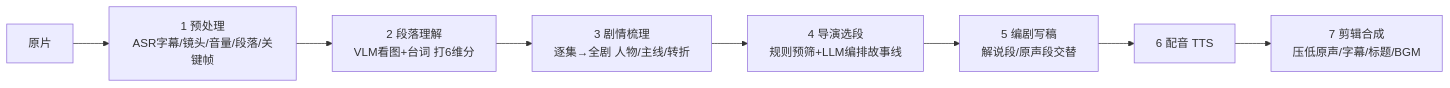
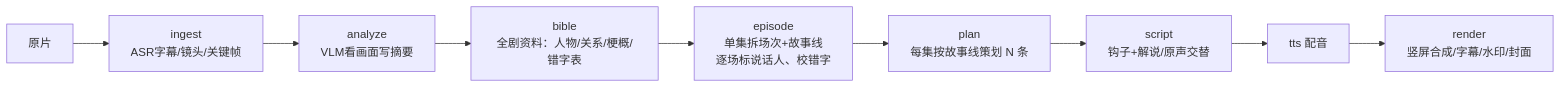
One commit to redrain-wang/autoclip2 changed the diagram in README.md. Above: the diagram before and after it, drawn with Mermaid. The commit also changed other lines of this file and 13 other files, not shown here.

````diff
--- a/README.md
+++ b/README.md
@@ -5,10 +5,11 @@
 ```mermaid
 flowchart LR
-  A[原片] --> B[1 预处理<br/>ASR字幕/镜头/音量/段落/关键帧]
-  B --> C[2 段落理解<br/>VLM看图+台词 打6维分]
-  C --> D[3 剧情梳理<br/>逐集→全剧 人物/主线/转折]
-  D --> E[4 导演选段<br/>规则预筛+LLM编排故事线]
-  E --> F[5 编剧写稿<br/>解说段/原声段交替]
-  F --> G[6 配音 TTS]
-  G --> H[7 剪辑合成<br/>压低原声/字幕/标题/BGM]
+  A[原片] --> B[ingest<br/>ASR字幕/镜头/关键帧]
+  B --> C[analyze<br/>VLM看画面写摘要]
+  C --> D[bible<br/>全剧资料：人物/关系/梗概/错字表]
+  D --> E[episode<br/>单集拆场次+故事线<br/>逐场标说话人、校错字]
+  E --> F[plan<br/>每集按故事线策划 N 条]
+  F --> G[script<br/>钩子+解说/原声交替]
+  G --> H[tts 配音]
+  H --> I[render<br/>竖屏合成/字幕/水印/封面]
 ```
````
